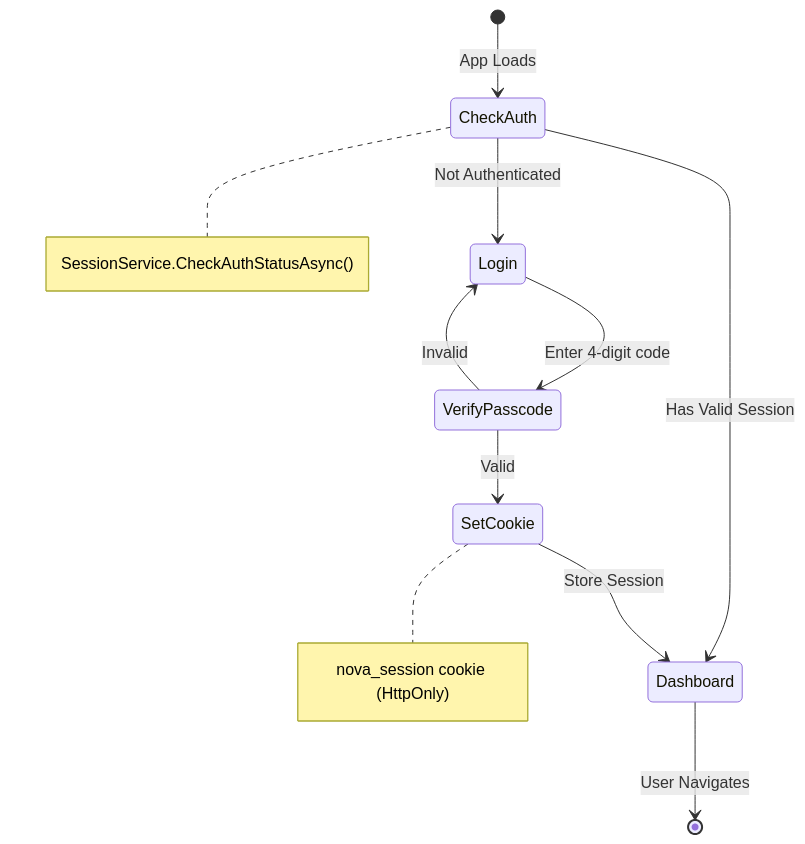
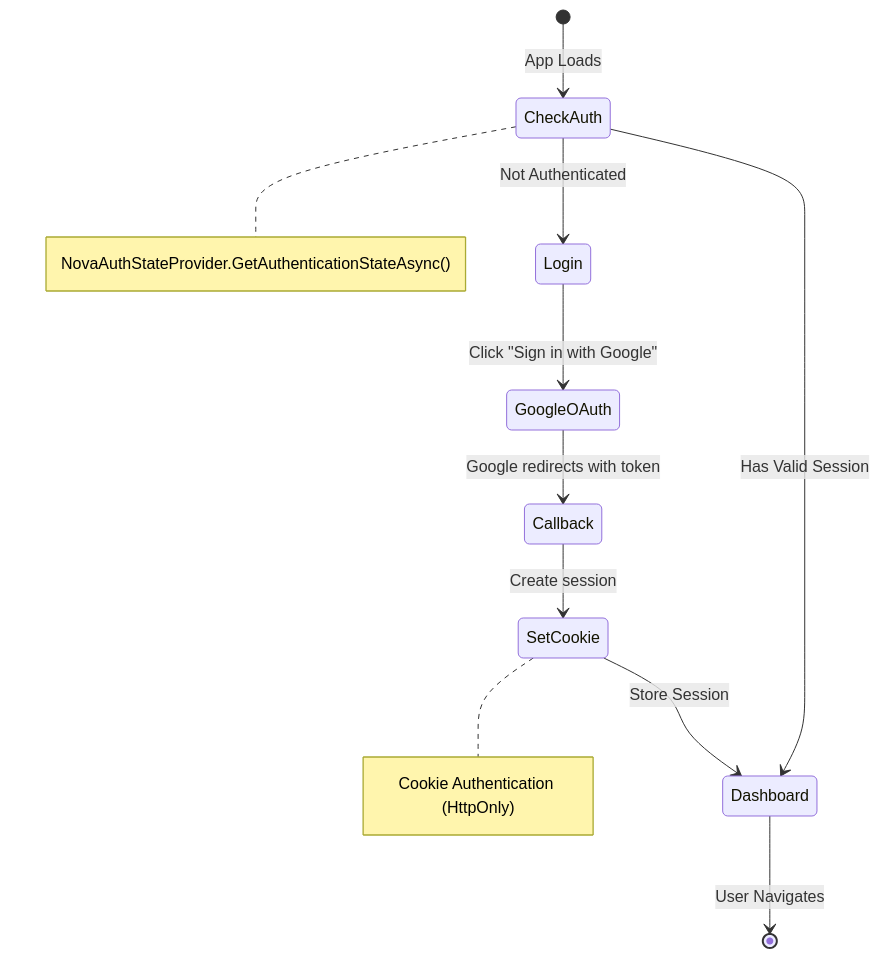
One commit to punkouter26/PoNovaWeight changed the eighth of 9 diagrams in docs/architecture.md. Above: the diagram before and after it, drawn with Mermaid. The commit also changed other lines of this file and 17 other files, not shown here.

````diff
--- a/docs/architecture.md
+++ b/docs/architecture.md
@@ -258,16 +258,16 @@
 ```mermaid
 stateDiagram-v2
     [*] --> CheckAuth: App Loads
     CheckAuth --> Login: Not Authenticated
     CheckAuth --> Dashboard: Has Valid Session
 
-    Login --> VerifyPasscode: Enter 4-digit code
-    VerifyPasscode --> Login: Invalid
-    VerifyPasscode --> SetCookie: Valid
+    Login --> GoogleOAuth: Click "Sign in with Google"
+    GoogleOAuth --> Callback: Google redirects with token
+    Callback --> SetCookie: Create session
     SetCookie --> Dashboard: Store Session
 
     Dashboard --> [*]: User Navigates
 
-    note right of CheckAuth: SessionService.CheckAuthStatusAsync()
-    note right of SetCookie: nova_session cookie (HttpOnly)
+    note right of CheckAuth: NovaAuthStateProvider.GetAuthenticationStateAsync()
+    note right of SetCookie: Cookie Authentication (HttpOnly)
 ```
````
